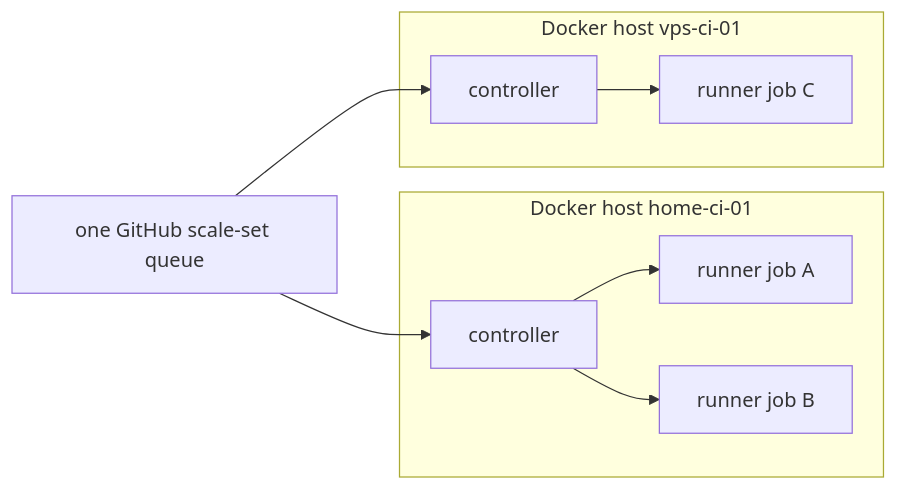
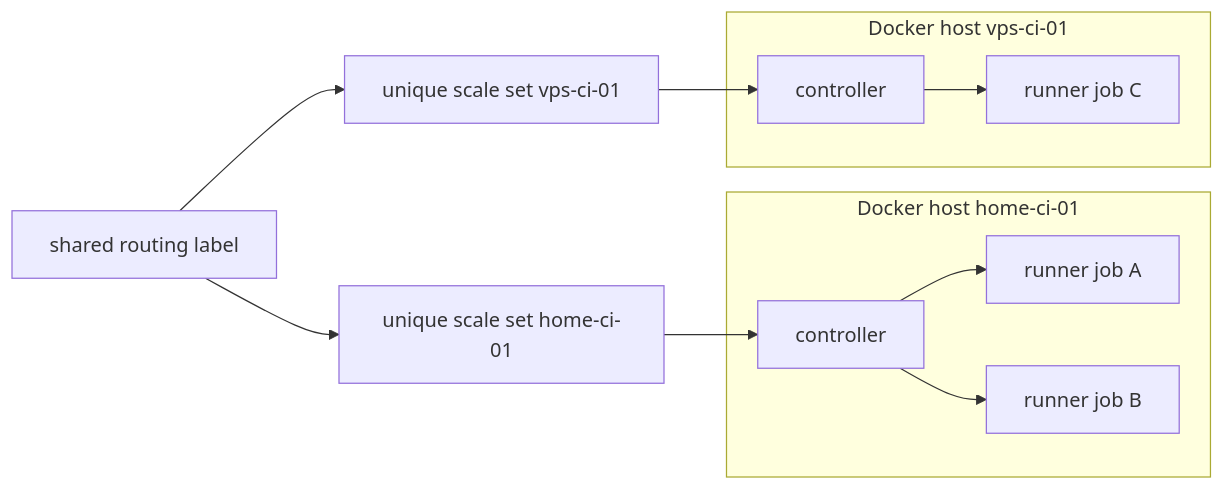
The diagram in docs/DEPLOYMENT-PROTOTYPE.md (RandomDevelopment/ci-fleet), drawn with Mermaid before and after one commit. The commit also changed other lines of this file and 13 other files, not shown here.

````diff
--- a/docs/DEPLOYMENT-PROTOTYPE.md
+++ b/docs/DEPLOYMENT-PROTOTYPE.md
@@ -9,12 +9,14 @@
 ```mermaid
 flowchart LR
   subgraph H1[Docker host home-ci-01]
     C1[controller] --> R1[runner job A]
     C1 --> R2[runner job B]
   end
   subgraph H2[Docker host vps-ci-01]
     C2[controller] --> R3[runner job C]
   end
-  Q[one GitHub scale-set queue] --> C1
-  Q --> C2
+  Q[shared routing label] --> S1[unique scale set home-ci-01]
+  Q --> S2[unique scale set vps-ci-01]
+  S1 --> C1
+  S2 --> C2
 ```
````
